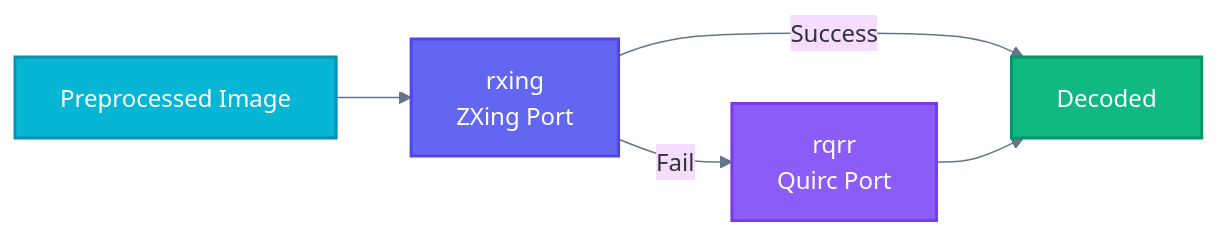
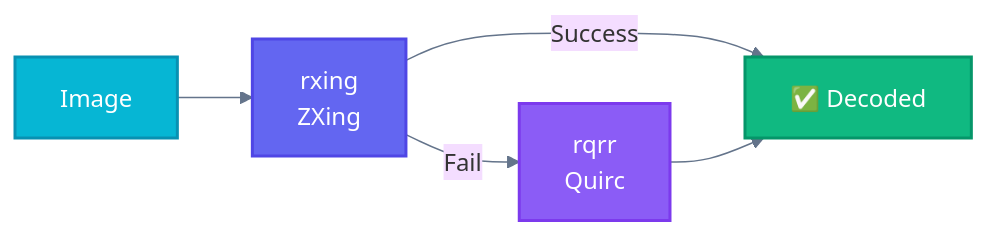
The sixth of 6 diagrams in README.md (supernovae-ai/qrai-scanner), drawn with Mermaid before and after one commit. The commit also changed other lines of this file, not shown here.

````diff
--- a/README.md
+++ b/README.md
@@ -614,16 +305,16 @@
 ```mermaid
 %%{init: {'theme': 'base', 'themeVariables': {'lineColor': '#64748b'}}}%%
 flowchart LR
     accTitle: Dual Decoder System
     accDescr: rxing as primary, rqrr as fallback
 
     classDef primary fill:#6366f1,stroke:#4f46e5,stroke-width:2px,color:#ffffff
     classDef fallback fill:#8b5cf6,stroke:#7c3aed,stroke-width:2px,color:#ffffff
     classDef success fill:#10b981,stroke:#059669,stroke-width:2px,color:#ffffff
     classDef data fill:#06b6d4,stroke:#0891b2,stroke-width:2px,color:#ffffff
 
-    IMG[Preprocessed Image]:::data --> RXING[rxing<br>ZXing Port]:::primary
-    RXING -->|Success| DONE[Decoded]:::success
-    RXING -->|Fail| RQRR[rqrr<br>Quirc Port]:::fallback
+    IMG[Image]:::data --> RXING[rxing<br>ZXing]:::primary
+    RXING -->|Success| DONE[✅ Decoded]:::success
+    RXING -->|Fail| RQRR[rqrr<br>Quirc]:::fallback
     RQRR --> DONE
 ```
````
